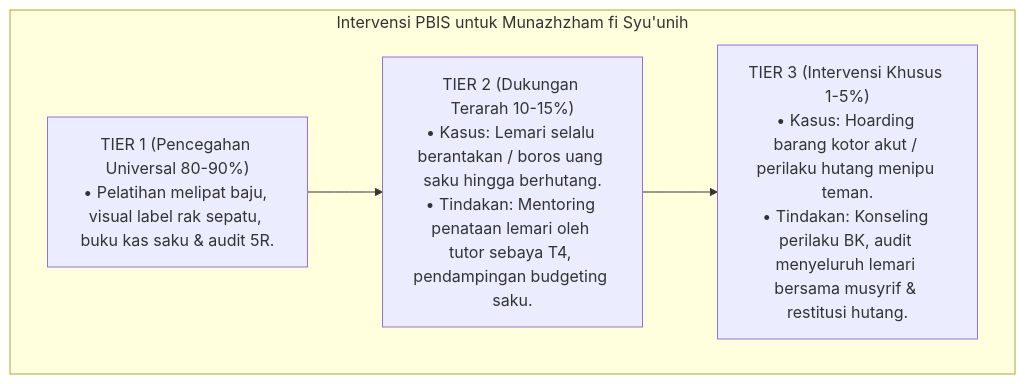
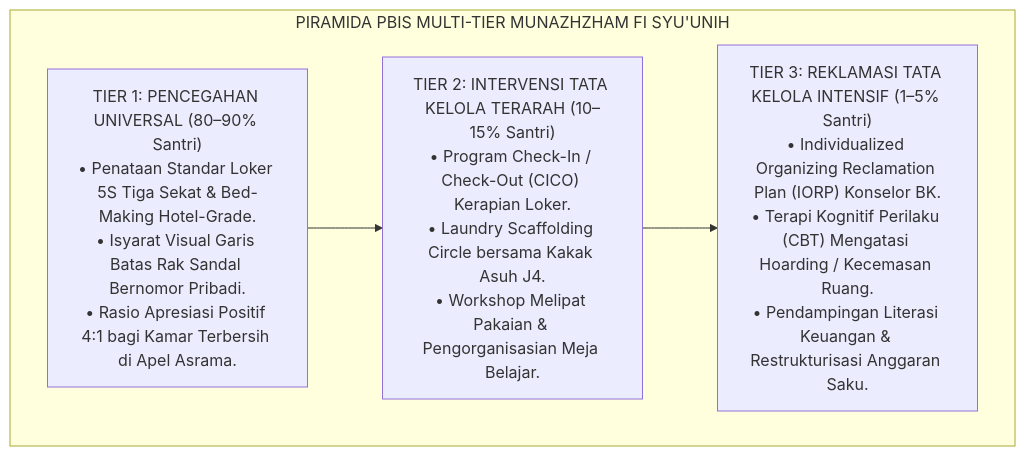
Before and after one commit to wandiapriliyandi/tumbuh: the third of 6 diagrams in 03 Capacity Framework/11 Munazhzham fi Syuunih/P3-11-10-Protokol-Intervensi-dan-Pembiasaan.md, drawn with Mermaid. The commit also changed other lines of this file and 14 other files, not shown here.

Commit message:
docs(03-capacity): complete all 15 research monographs for 11 Munazhzham fi Syuunih

````diff
--- a/03 Capacity Framework/11 Munazhzham fi Syuunih/P3-11-10-Protokol-Intervensi-dan-Pembiasaan.md
+++ b/03 Capacity Framework/11 Munazhzham fi Syuunih/P3-11-10-Protokol-Intervensi-dan-Pembiasaan.md
@@ -21,12 +96,12 @@
 ```mermaid
-graph TD
-    subgraph Intervensi_Keteraturan_PBIS["Intervensi PBIS untuk Munazhzham fi Syu'unih"]
-        Tier1["TIER 1 (Pencegahan Universal 80-90%)<br/>• Pelatihan melipat baju, visual label rak sepatu, buku kas saku & audit 5R."]
+flowchart TD
+    subgraph PiramidaPBISMunazhzhamSyuunih["PIRAMIDA PBIS MULTI-TIER MUNAZHZHAM FI SYU'UNIH"]
+        T1["TIER 1: PENCEGAHAN UNIVERSAL (80–90% Santri)<br/>• Penataan Standar Loker 5S Tiga Sekat & Bed-Making Hotel-Grade.<br/>• Isyarat Visual Garis Batas Rak Sandal Bernomor Pribadi.<br/>• Rasio Apresiasi Positif 4:1 bagi Kamar Terbersih di Apel Asrama."]
         
-        Tier2["TIER 2 (Dukungan Terarah 10-15%)<br/>• Kasus: Lemari selalu berantakan / boros uang saku hingga berhutang.<br/>• Tindakan: Mentoring penataan lemari oleh tutor sebaya T4, pendampingan budgeting saku."]
+        T2["TIER 2: INTERVENSI TATA KELOLA TERARAH (10–15% Santri)<br/>• Program Check-In / Check-Out (CICO) Kerapian Loker.<br/>• Laundry Scaffolding Circle bersama Kakak Asuh J4.<br/>• Workshop Melipat Pakaian & Pengorganisasian Meja Belajar."]
         
-        Tier3["TIER 3 (Intervensi Khusus 1-5%)<br/>• Kasus: Hoarding barang kotor akut / perilaku hutang menipu teman.<br/>• Tindakan: Konseling perilaku BK, audit menyeluruh lemari bersama musyrif & restitusi hutang."]
-
-        Tier1 --> Tier2 --> Tier3
+        T3["TIER 3: REKLAMASI TATA KELOLA INTENSIF (1–5% Santri)<br/>• Individualized Organizing Reclamation Plan (IORP) Konselor BK.<br/>• Terapi Kognitif Perilaku (CBT) Mengatasi Hoarding / Kecemasan Ruang.<br/>• Pendampingan Literasi Keuangan & Restrukturisasi Anggaran Saku."]
+        
+        T1 --> T2 --> T3
     end
 ```
````
